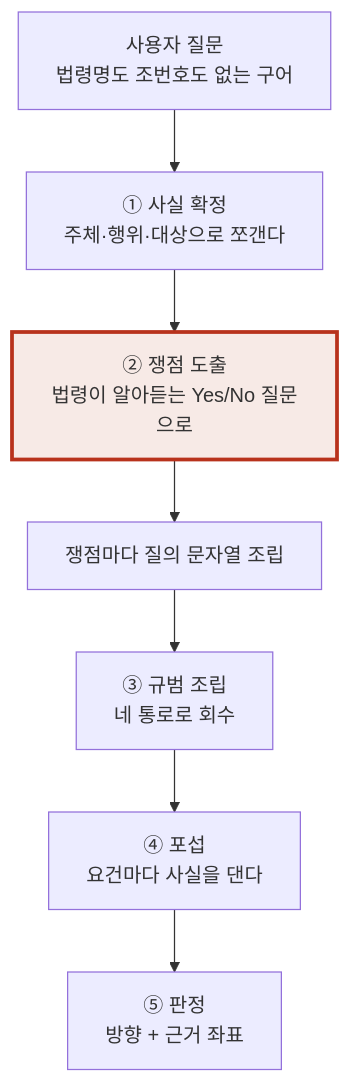
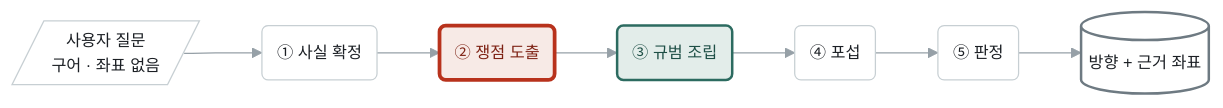
The fifth of 9 diagrams in docs/ARCH_SYSTEM.md (Fromson99/8agent), drawn with Mermaid before and after one commit. The commit also changed other lines of this file and 2 other files, not shown here.

````diff
--- a/docs/ARCH_SYSTEM.md
+++ b/docs/ARCH_SYSTEM.md
@@ -267,11 +277,13 @@
 ```mermaid
-flowchart TB
-  U["사용자 질문<br/>법령명도 조번호도 없는 구어"]
-  U --> F["① 사실 확정<br/>주체·행위·대상으로 쪼갠다"]
-  F --> IS["② 쟁점 도출<br/>법령이 알아듣는 Yes/No 질문으로"]
-  IS --> QQ["쟁점마다 질의 문자열 조립"]
-  QQ --> RT["③ 규범 조립<br/>네 통로로 회수"]
-  RT --> SB["④ 포섭<br/>요건마다 사실을 댄다"]
-  SB --> JD["⑤ 판정<br/>방향 + 근거 좌표"]
-  style IS fill:#F7EAE6,stroke:#B8321C,stroke-width:3px
+%%{init:{'theme':'base','themeVariables':{'fontFamily':'system-ui, sans-serif','fontSize':'13px','primaryColor':'#FFFFFF','primaryTextColor':'#1B1F24','primaryBorderColor':'#C7CFD3','lineColor':'#96A0A7','secondaryColor':'#F1F4F5','tertiaryColor':'#FAFBFB','clusterBkg':'#F5F8F8','clusterBorder':'#DBE1E3','edgeLabelBackground':'#FCFCFB'},'flowchart':{'curve':'basis','nodeSpacing':32,'rankSpacing':50,'padding':12}}}%%
+flowchart LR
+  U[/"사용자 질문<br/>구어 · 좌표 없음"/] --> F("① 사실 확정")
+  F --> IS("② 쟁점 도출")
+  IS --> RT("③ 규범 조립")
+  RT --> SB("④ 포섭")
+  SB --> JD("⑤ 판정")
+  JD --> O[("방향 + 근거 좌표")]
+  style IS fill:#F7EAE6,stroke:#B8321C,stroke-width:3px,color:#7E2214
+  style RT fill:#E3EDEA,stroke:#2C6B60,stroke-width:2px,color:#1E4F46
+  style O fill:#FFFFFF,stroke:#6E7A82,stroke-width:2px
 ```
````
